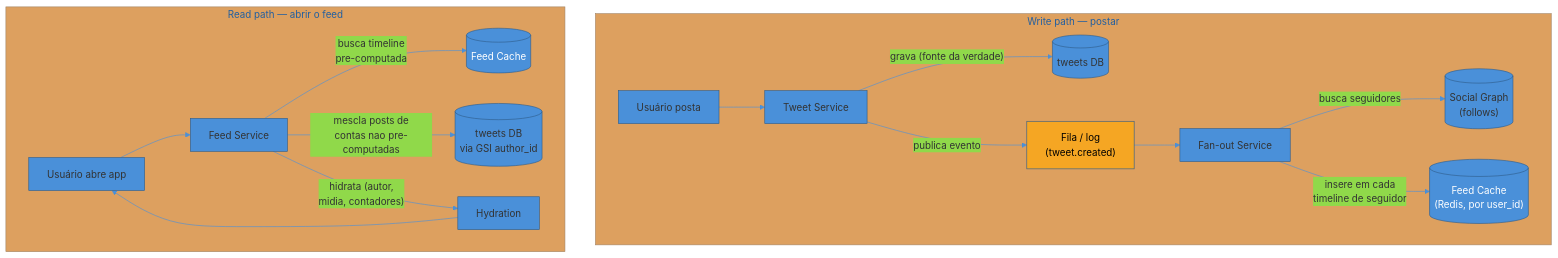
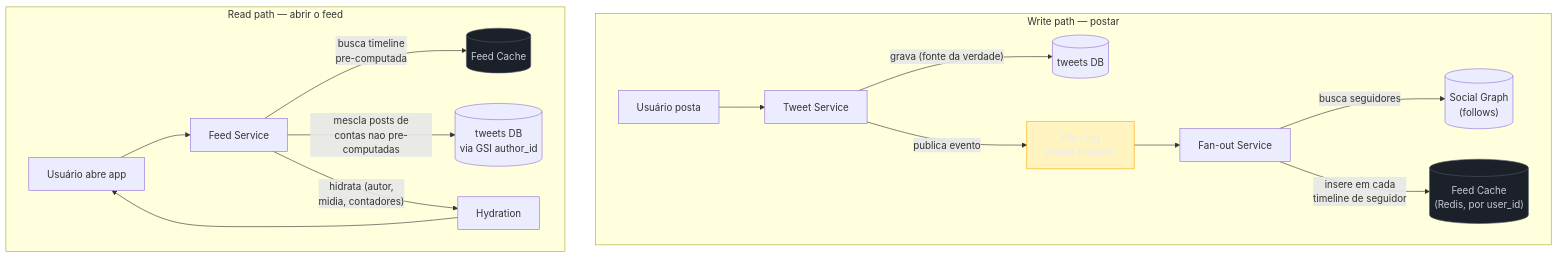
Before and after one commit to josenaldo/codex-technomanticus: the second of 5 diagrams in 03-Dominios/Engenharia/Arquitetura/System Design/4 - Walkthroughs/02 - News Feed e Timeline.md, drawn with Mermaid. The commit also changed other lines of this file and 1181 other files, not shown here.

First line of the commit message:
fix(diagramas): paleta do sistema no lugar de cor cravada no markdown

````diff
--- a/03-Dominios/Engenharia/Arquitetura/System Design/4 - Walkthroughs/02 - News Feed e Timeline.md
+++ b/03-Dominios/Engenharia/Arquitetura/System Design/4 - Walkthroughs/02 - News Feed e Timeline.md
@@ -145,22 +144,23 @@
 ```mermaid
-%%{init: {"theme": "base", "themeVariables": {"primaryColor": "#4A90D9", "primaryBorderColor": "#2E5C8A", "lineColor": "#4A90D9"}}}%%
 graph TD
+    classDef destaque fill:#FFAA0024,stroke:#FFAA00,color:#E9ECF2
+    classDef neutro fill:#1B2029,stroke:#4E5666,color:#C6CCD8
     subgraph WRITE["Write path — postar"]
         U1["Usuário posta"] --> API1["Tweet Service"]
         API1 -->|"grava (fonte da verdade)"| DB[("tweets DB")]
         API1 -->|"publica evento"| MQ["Fila / log<br/>(tweet.created)"]
         MQ --> FO["Fan-out Service"]
         FO -->|"busca seguidores"| GRAPH[("Social Graph<br/>(follows)")]
         FO -->|"insere em cada<br/>timeline de seguidor"| CACHE1[("Feed Cache<br/>(Redis, por user_id)")]
     end
     subgraph READ["Read path — abrir o feed"]
         U2["Usuário abre app"] --> API2["Feed Service"]
         API2 -->|"busca timeline<br/>pre-computada"| CACHE2[("Feed Cache")]
         API2 -->|"mescla posts de<br/>contas nao pre-computadas"| DB2[("tweets DB<br/>via GSI author_id")]
         API2 -->|"hidrata (autor,<br/>midia, contadores)"| HYDRATE["Hydration"]
         HYDRATE --> U2
     end
-    style MQ fill:#F5A623,color:#000
-    style CACHE1 fill:#4A90D9,color:#fff
-    style CACHE2 fill:#4A90D9,color:#fff
+    class MQ destaque
+    class CACHE1 neutro
+    class CACHE2 neutro
 ```
````
